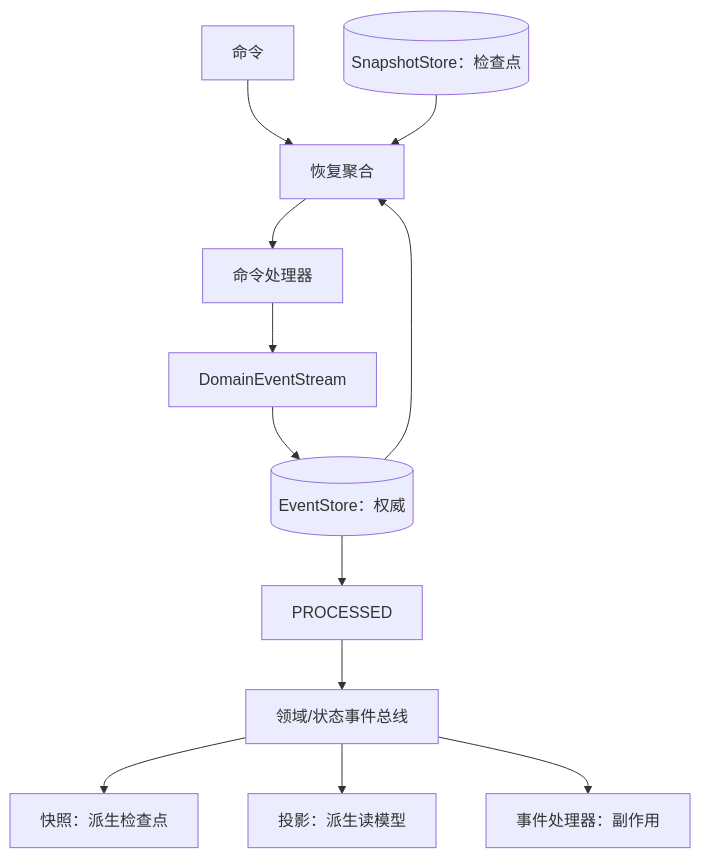
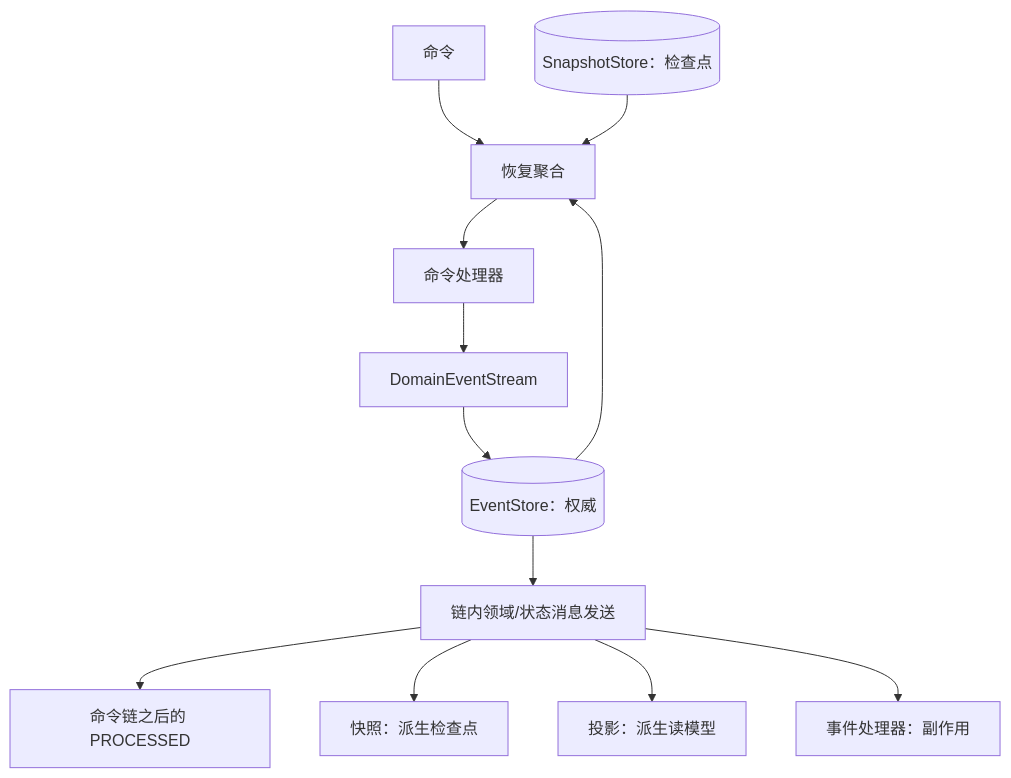
Before and after one commit to Ahoo-Wang/Wow: the second of 2 diagrams in documentation/docs/zh/guide/eventstore.md, drawn with Mermaid. The commit also changed other lines of this file and 5 other files, not shown here.

````diff
--- a/documentation/docs/zh/guide/eventstore.md
+++ b/documentation/docs/zh/guide/eventstore.md
@@ -117,14 +117,14 @@
 ```mermaid
 flowchart TB
     Command[命令] --> Restore[恢复聚合]
     EventStore[(EventStore：权威)] --> Restore
     SnapshotStore[(SnapshotStore：检查点)] --> Restore
     Restore --> Handler[命令处理器]
     Handler --> Stream[DomainEventStream]
     Stream --> EventStore
-    EventStore --> Processed[PROCESSED]
-    Processed --> Bus[领域/状态事件总线]
+    EventStore --> Bus[链内领域/状态消息发送]
+    Bus --> Processed[命令链之后的 PROCESSED]
     Bus --> Snapshot[快照：派生检查点]
     Bus --> Projection[投影：派生读模型]
     Bus --> Processor[事件处理器：副作用]
 ```
````
